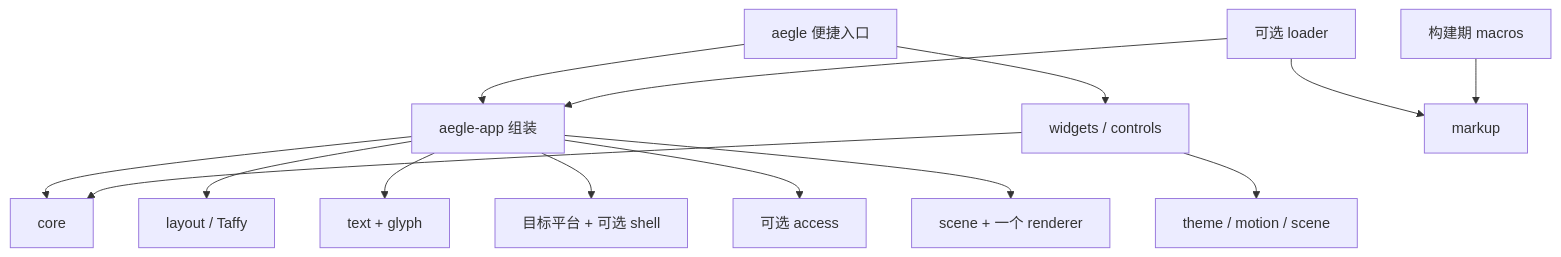
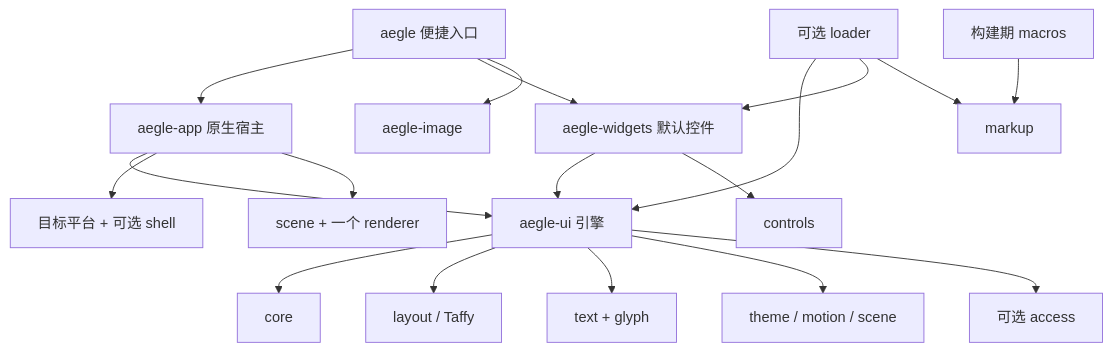
One commit to antinomie1/aegle changed the diagram in docs/modules.md. Above: the diagram before and after it, drawn with Mermaid. The commit also changed other lines of this file and 77 other files, not shown here.

First line of the commit message:
refactor: split engine, default controls and native host into aegle-ui, aegle-widgets and aegle-app

````diff
--- a/docs/modules.md
+++ b/docs/modules.md
@@ -78,16 +79,20 @@
 ```mermaid
 flowchart TD
-  Facade[aegle 便捷入口] --> App[aegle-app 组装]
-  App --> Core[core]
-  App --> Layout[layout / Taffy]
-  App --> Text[text + glyph]
+  Facade[aegle 便捷入口] --> App[aegle-app 原生宿主]
+  Facade --> Widgets[aegle-widgets 默认控件]
+  Facade --> Image[aegle-image]
+  App --> Ui[aegle-ui 引擎]
   App --> Platform[目标平台 + 可选 shell]
-  App --> Access[可选 access]
   App --> Render[scene + 一个 renderer]
-  Facade --> Widgets[widgets / controls]
-  Widgets --> Core
-  Widgets --> Visual[theme / motion / scene]
-  Loader[可选 loader] --> App
+  Widgets --> Ui
+  Widgets --> Controls[controls]
+  Ui --> Core[core]
+  Ui --> Layout[layout / Taffy]
+  Ui --> Text[text + glyph]
+  Ui --> Visual[theme / motion / scene]
+  Ui --> Access[可选 access]
+  Loader[可选 loader] --> Ui
+  Loader --> Widgets
   Loader --> Markup[markup]
   Macros[构建期 macros] --> Markup
 ```
````
